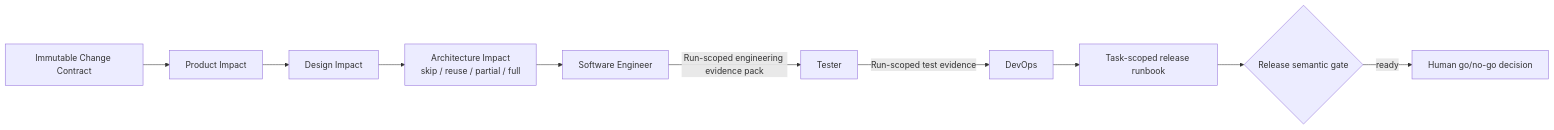
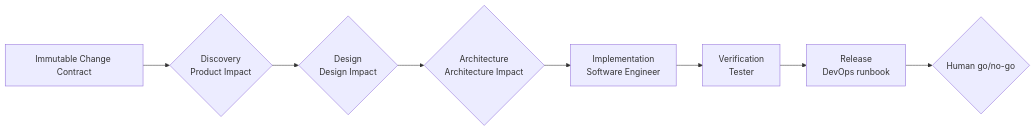
Before and after one commit to davych/agents-instruction: the diagram in README.md, drawn with Mermaid. The commit also changed other lines of this file and 70 other files, not shown here.

````diff
--- a/README.md
+++ b/README.md
@@ -25,12 +18,10 @@
 ```mermaid
 flowchart LR
-  Intent["Immutable Change Contract"] --> Product["Product Impact"]
-  Product --> Design["Design Impact"]
-  Design --> Architect["Architecture Impact<br/>skip / reuse / partial / full"]
-  Architect --> Engineer["Software Engineer"]
-  Engineer -->|"Run-scoped engineering evidence pack"| Tester["Tester"]
-  Tester -->|"Run-scoped test evidence"| DevOps["DevOps"]
-  DevOps --> Runbook["Task-scoped release runbook"]
-  Runbook --> Gate{"Release semantic gate"}
-  Gate -->|"ready"| Human["Human go/no-go decision"]
+  Contract["Immutable Change Contract"] --> Product{"Discovery<br/>Product Impact"}
+  Product --> Design{"Design<br/>Design Impact"}
+  Design --> Architecture{"Architecture<br/>Architecture Impact"}
+  Architecture --> Implementation["Implementation<br/>Software Engineer"]
+  Implementation --> Verification["Verification<br/>Tester"]
+  Verification --> Release["Release<br/>DevOps runbook"]
+  Release --> Human{"Human go/no-go"}
 ```
````
